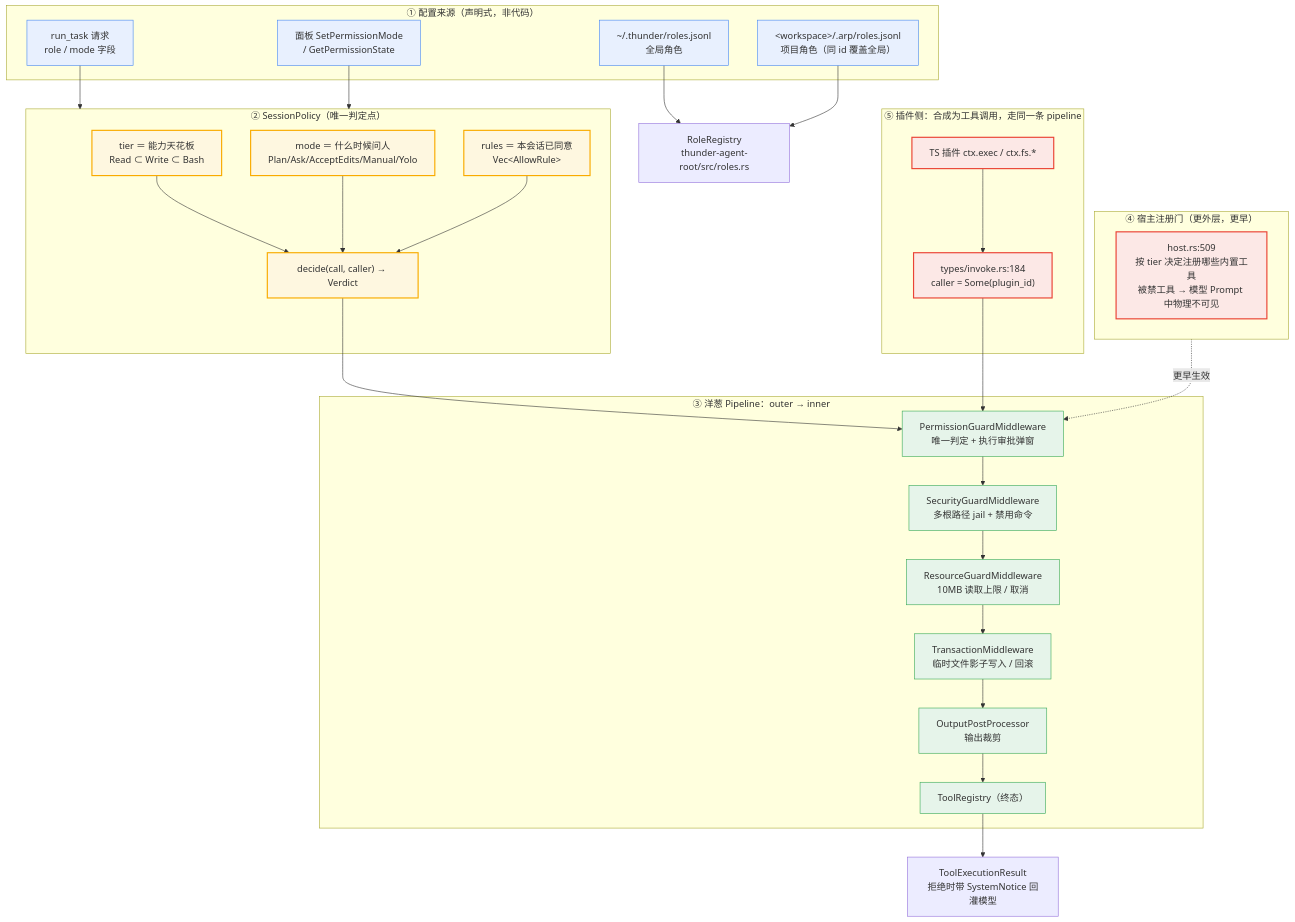
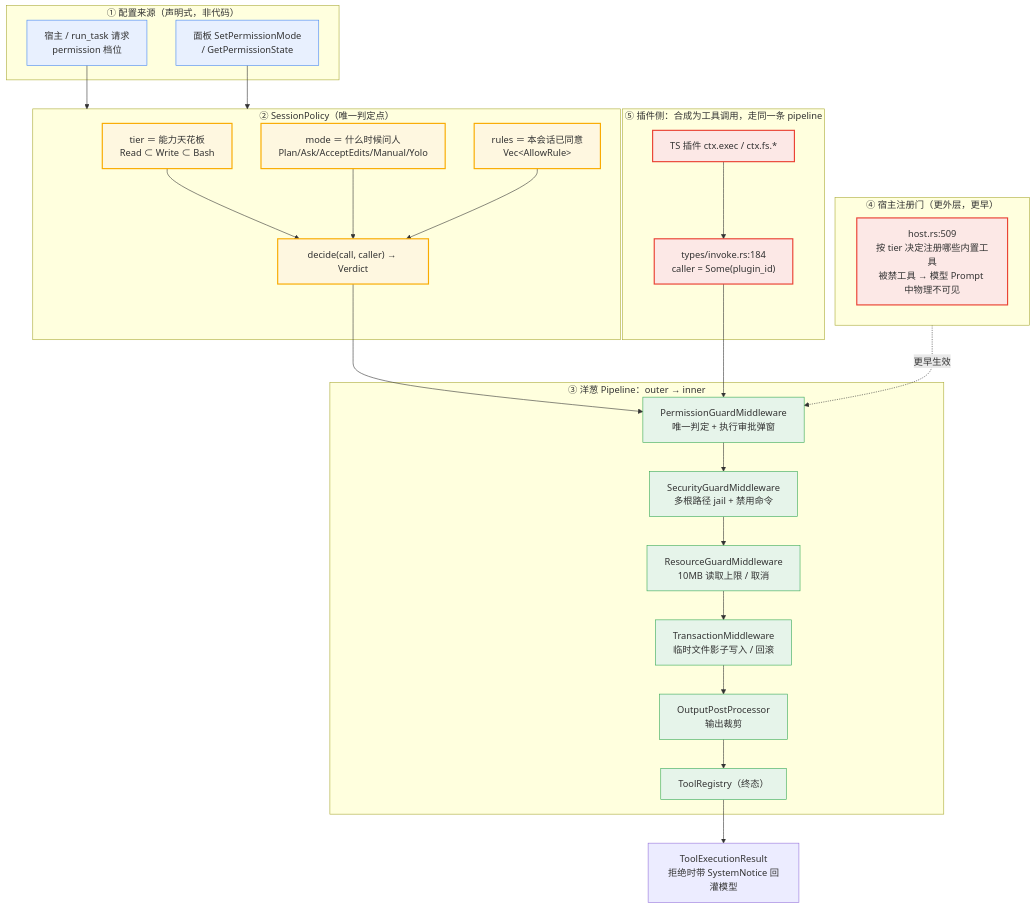
One commit to lucacicii/thunder changed the first of 7 diagrams in docs/permission-structure.md. Above: the diagram before and after it, drawn with Mermaid. The commit also changed other lines of this file and 34 other files, not shown here.

````diff
--- a/docs/permission-structure.md
+++ b/docs/permission-structure.md
@@ -24,60 +24,56 @@
 ```mermaid
 flowchart TB
     subgraph SRC["① 配置来源（声明式，非代码）"]
-        R1["~/.thunder/roles.jsonl<br/>全局角色"]
-        R2["&lt;workspace&gt;/.arp/roles.jsonl<br/>项目角色（同 id 覆盖全局）"]
-        R3["run_task 请求<br/>role / mode 字段"]
+        R3["宿主 / run_task 请求<br/>permission 档位"]
         R4["面板 SetPermissionMode<br/>/ GetPermissionState"]
     end
 
-    R1 --> REG[RoleRegistry<br/>thunder-agent-root/src/roles.rs]
-    R2 --> REG
     R3 --> POL
     R4 --> POL
 
     subgraph POL["② SessionPolicy（唯一判定点）"]
         P1["tier ＝ 能力天花板<br/>Read ⊂ Write ⊂ Bash"]
         P2["mode ＝ 什么时候问人<br/>Plan/Ask/AcceptEdits/Manual/Yolo"]
         P3["rules ＝ 本会话已同意<br/>Vec&lt;AllowRule&gt;"]
         JUDGE["decide(call, caller) → Verdict"]
     end
 
     P1 --> JUDGE
     P2 --> JUDGE
     P3 --> JUDGE
 
     JUDGE --> L1
 
     subgraph PIPE["③ 洋葱 Pipeline：outer → inner"]
         L1["PermissionGuardMiddleware<br/>唯一判定 + 执行审批弹窗"]
         L2["SecurityGuardMiddleware<br/>多根路径 jail + 禁用命令"]
         L3["ResourceGuardMiddleware<br/>10MB 读取上限 / 取消"]
         L4["TransactionMiddleware<br/>临时文件影子写入 / 回滚"]
         L5["OutputPostProcessor<br/>输出裁剪"]
         L6["ToolRegistry（终态）"]
         L1 --> L2 --> L3 --> L4 --> L5 --> L6
     end
 
     subgraph HOST["④ 宿主注册门（更外层，更早）"]
         H1["host.rs:509<br/>按 tier 决定注册哪些内置工具<br/>被禁工具 → 模型 Prompt 中物理不可见"]
     end
 
     HOST -.->|更早生效| L1
 
     subgraph PLG["⑤ 插件侧：合成为工具调用，走同一条 pipeline"]
         TS["TS 插件 ctx.exec / ctx.fs.*"]
         INV["types/invoke.rs:184<br/>caller = Some(plugin_id)"]
         TS --> INV --> L1
     end
 
     L6 --> RES["ToolExecutionResult<br/>拒绝时带 SystemNotice 回灌模型"]
 
     classDef src fill:#e8f0fe,stroke:#4285f4
     classDef pol fill:#fef7e0,stroke:#f9ab00,stroke-width:2px
     classDef pipe fill:#e6f4ea,stroke:#34a853
     classDef gate fill:#fce8e6,stroke:#ea4335,stroke-width:2px
     class R1,R2,R3,R4 src
     class P1,P2,P3,JUDGE pol
     class L1,L2,L3,L4,L5,L6 pipe
     class H1,TS,INV gate
 ```
````
